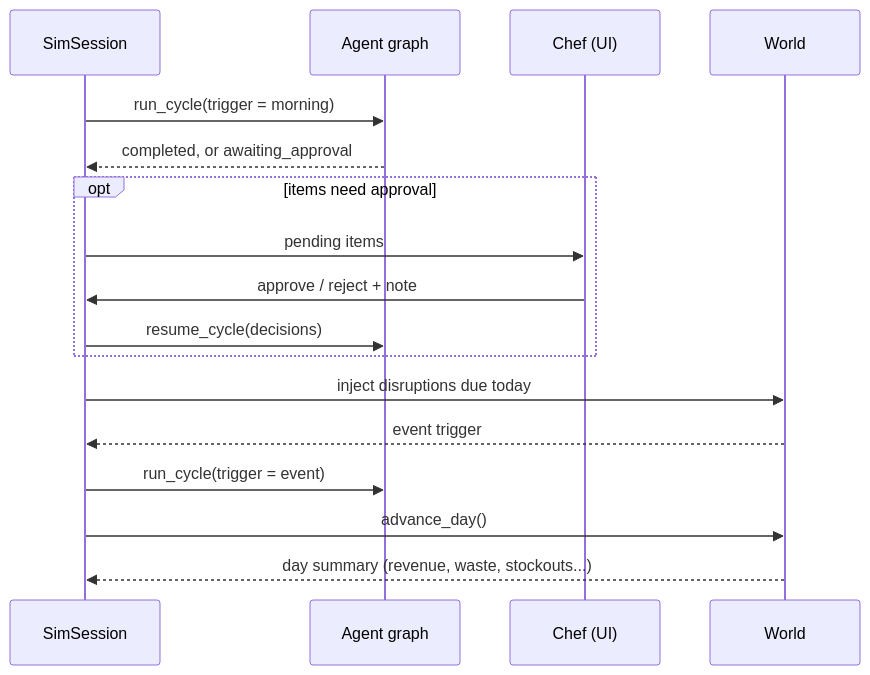
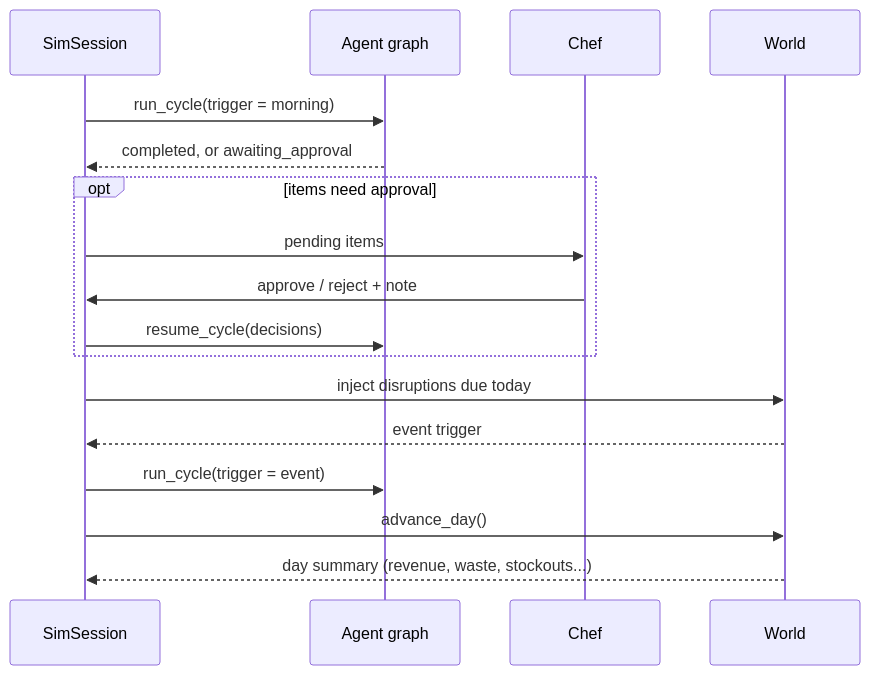
One commit to sahupra1357/ResturantAgent changed the fourth of 5 diagrams in Restaurant Ops Codebase Guide.md. Above: the diagram before and after it, drawn with Mermaid. The commit also changed other lines of this file, not shown here.

````diff
--- a/Restaurant Ops Codebase Guide.md
+++ b/Restaurant Ops Codebase Guide.md
@@ -150,19 +490,19 @@
 ```mermaid
 sequenceDiagram
   participant S as SimSession
   participant G as Agent graph
-  participant C as Chef (UI)
+  participant C as Chef
   participant W as World
   S->>G: run_cycle(trigger = morning)
   G-->>S: completed, or awaiting_approval
   opt items need approval
     S->>C: pending items
     C->>S: approve / reject + note
     S->>G: resume_cycle(decisions)
   end
   S->>W: inject disruptions due today
   W-->>S: event trigger
   S->>G: run_cycle(trigger = event)
   S->>W: advance_day()
   W-->>S: day summary (revenue, waste, stockouts...)
 ```
````
